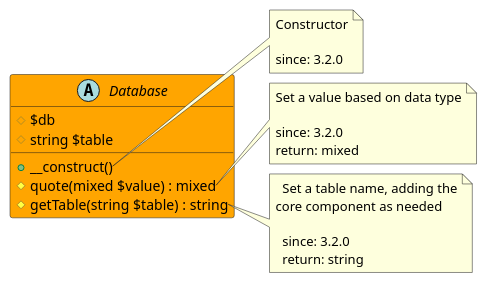
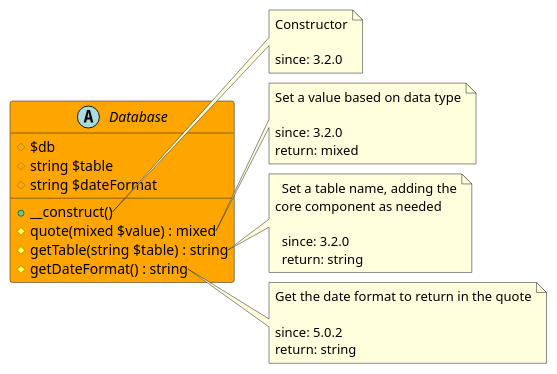
The diagram in src/6cbef8f8-4813-48e3-b05a-65e1aea95171/README.md (joomengine/super-powers), drawn with PlantUML before and after one commit. The commit also changed 4 other files, not shown here.

````diff
--- a/src/6cbef8f8-4813-48e3-b05a-65e1aea95171/README.md
+++ b/src/6cbef8f8-4813-48e3-b05a-65e1aea95171/README.md
@@ -12,33 +12,42 @@
 ```uml
 @startuml
 abstract Database  #Orange {
   # $db
   # string $table
+  # string $dateFormat
   + __construct()
   # quote(mixed $value) : mixed
   # getTable(string $table) : string
+  # getDateFormat() : string
 }
 
 note right of Database::__construct
   Constructor
 
   since: 3.2.0
 end note
 
 note right of Database::quote
   Set a value based on data type
 
   since: 3.2.0
   return: mixed
 end note
 
 note right of Database::getTable
   Set a table name, adding the
 core component as needed
 
   since: 3.2.0
   return: string
 end note
+
+note right of Database::getDateFormat
+  Get the date format to return in the quote
+
+  since: 5.0.2
+  return: string
+end note
  
 @enduml
 ```
````
